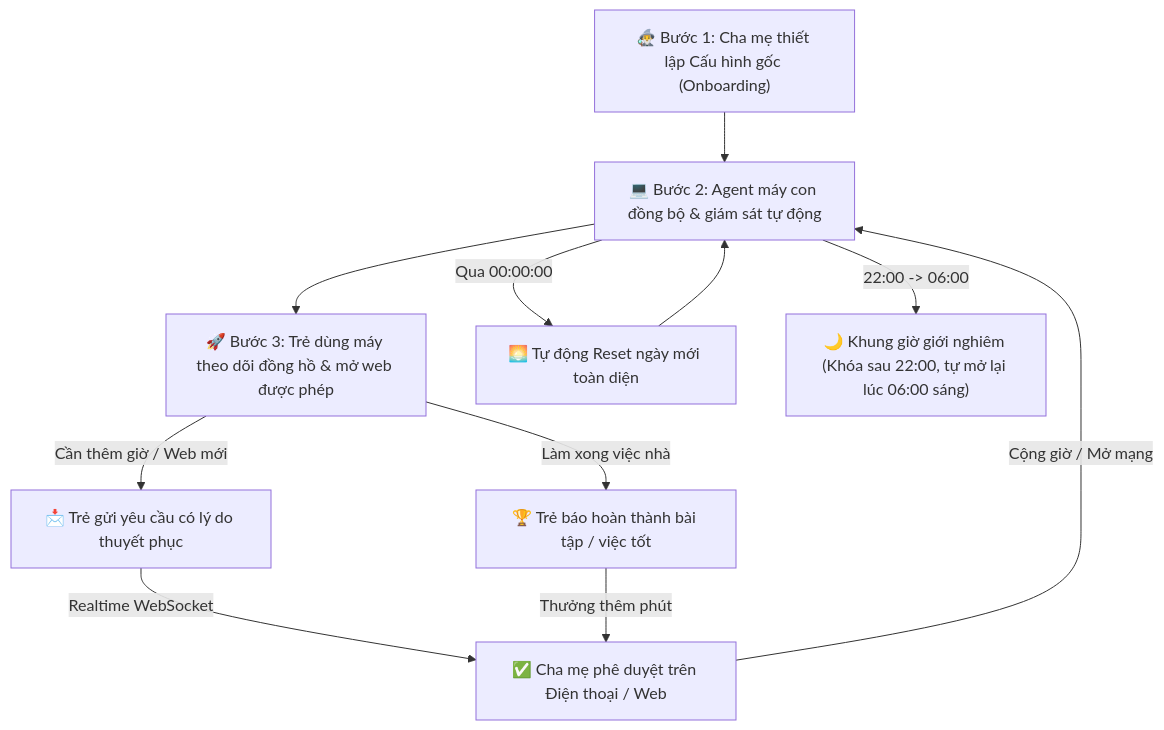
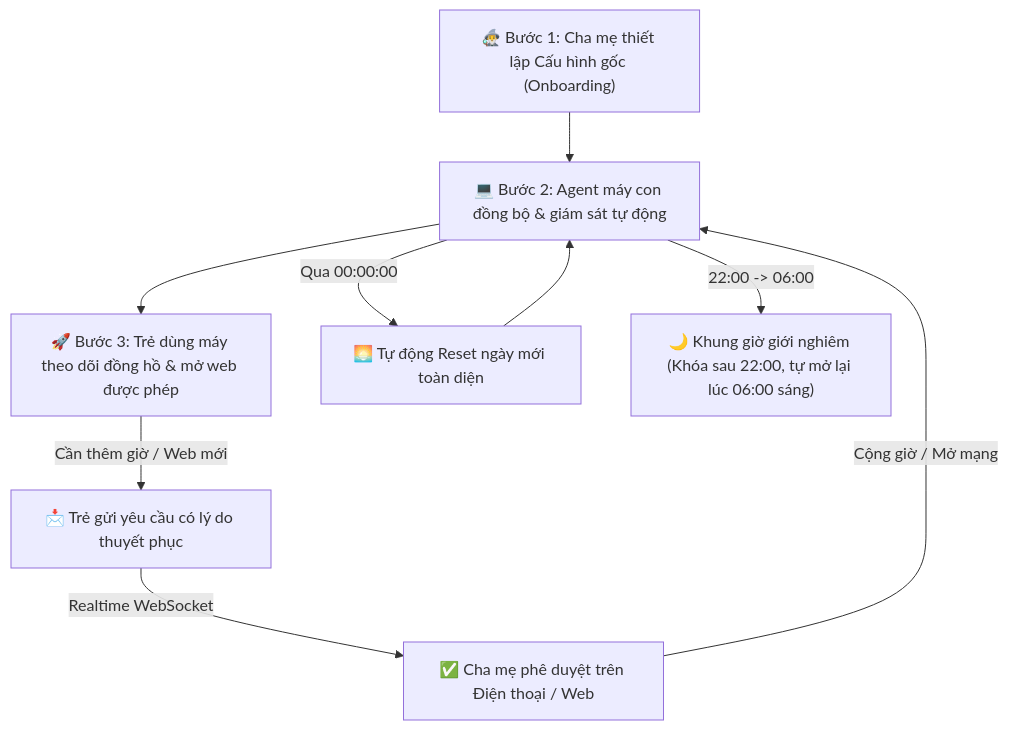
Before and after one commit to huynhyesen/MMT-Project: the diagram in README.md, drawn with Mermaid. The commit also changed other lines of this file and 15 other files, not shown here.

````diff
--- a/README.md
+++ b/README.md
@@ -217,13 +212,11 @@
 ```mermaid
 flowchart TD
     A["🧙‍♂️ Bước 1: Cha mẹ thiết lập Cấu hình gốc (Onboarding)"] --> B["💻 Bước 2: Agent máy con đồng bộ & giám sát tự động"]
     B --> C["🚀 Bước 3: Trẻ dùng máy theo dõi đồng hồ & mở web được phép"]
     C -->|Cần thêm giờ / Web mới| D["📩 Trẻ gửi yêu cầu có lý do thuyết phục"]
     D -->|Realtime WebSocket| E["✅ Cha mẹ phê duyệt trên Điện thoại / Web"]
     E -->|Cộng giờ / Mở mạng| B
-    C -->|Làm xong việc nhà| F["🏆 Trẻ báo hoàn thành bài tập / việc tốt"]
-    F -->|Thưởng thêm phút| E
     B -->|Qua 00:00:00| G["🌅 Tự động Reset ngày mới toàn diện"]
     G --> B
     B -->|22:00 -> 06:00| H["🌙 Khung giờ giới nghiêm (Khóa sau 22:00, tự mở lại lúc 06:00 sáng)"]
 ```
````
